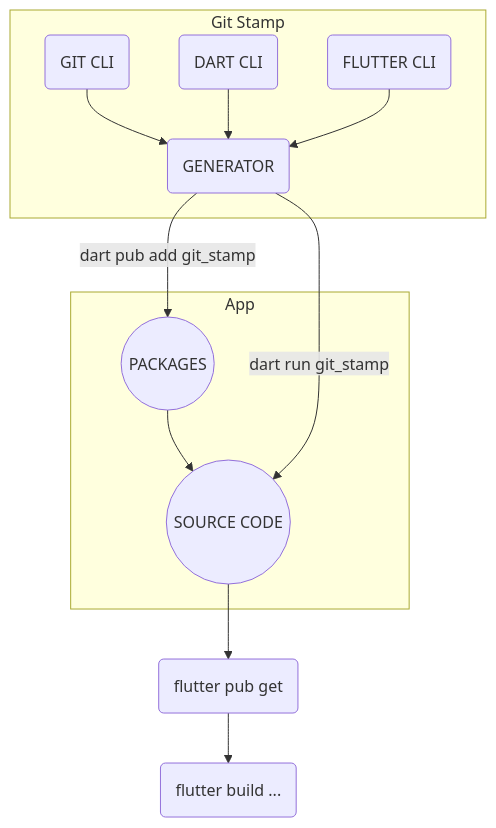
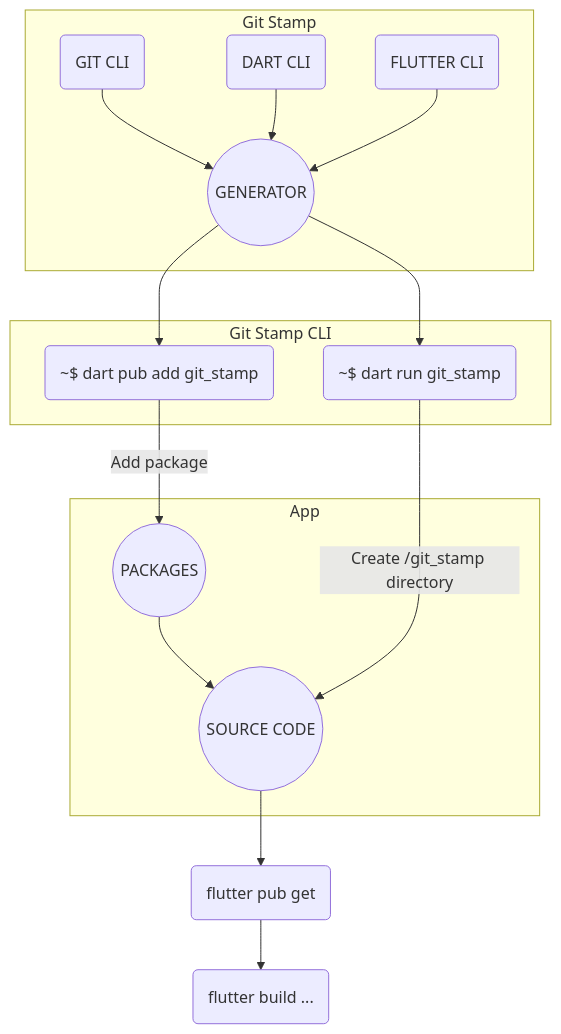
Before and after one commit to arononak/git_stamp: the diagram in README.md, drawn with Mermaid.

````diff
--- a/README.md
+++ b/README.md
@@ -121,20 +121,28 @@
 ```mermaid
 graph TD
     CODE((SOURCE CODE))-->SYNC(flutter pub get)
     SYNC-->BUILD(flutter build ...)
-    GENERATOR(GENERATOR)-->|dart pub add git_stamp|PUB
 
     subgraph "App"
         CODE
         PUB
         PUB((PACKAGES))-->CODE
     end
 
     subgraph "Git Stamp"
         GIT_CLI(GIT CLI)-->GENERATOR
         DART_CLI(DART CLI)-->GENERATOR
         FLUTTER_CLI(FLUTTER CLI)-->GENERATOR
+    end
 
-        GENERATOR-->|dart run git_stamp|CODE
+    subgraph "Git Stamp CLI"
+        GENERATE
+        ADD
     end
+
+    GENERATOR((GENERATOR))-->ADD(~$ dart pub add git_stamp)
+    ADD-->|Add package|PUB
+
+    GENERATOR-->GENERATE(~$ dart run git_stamp)
+    GENERATE-->|Create /git_stamp directory|CODE
 ```
````
